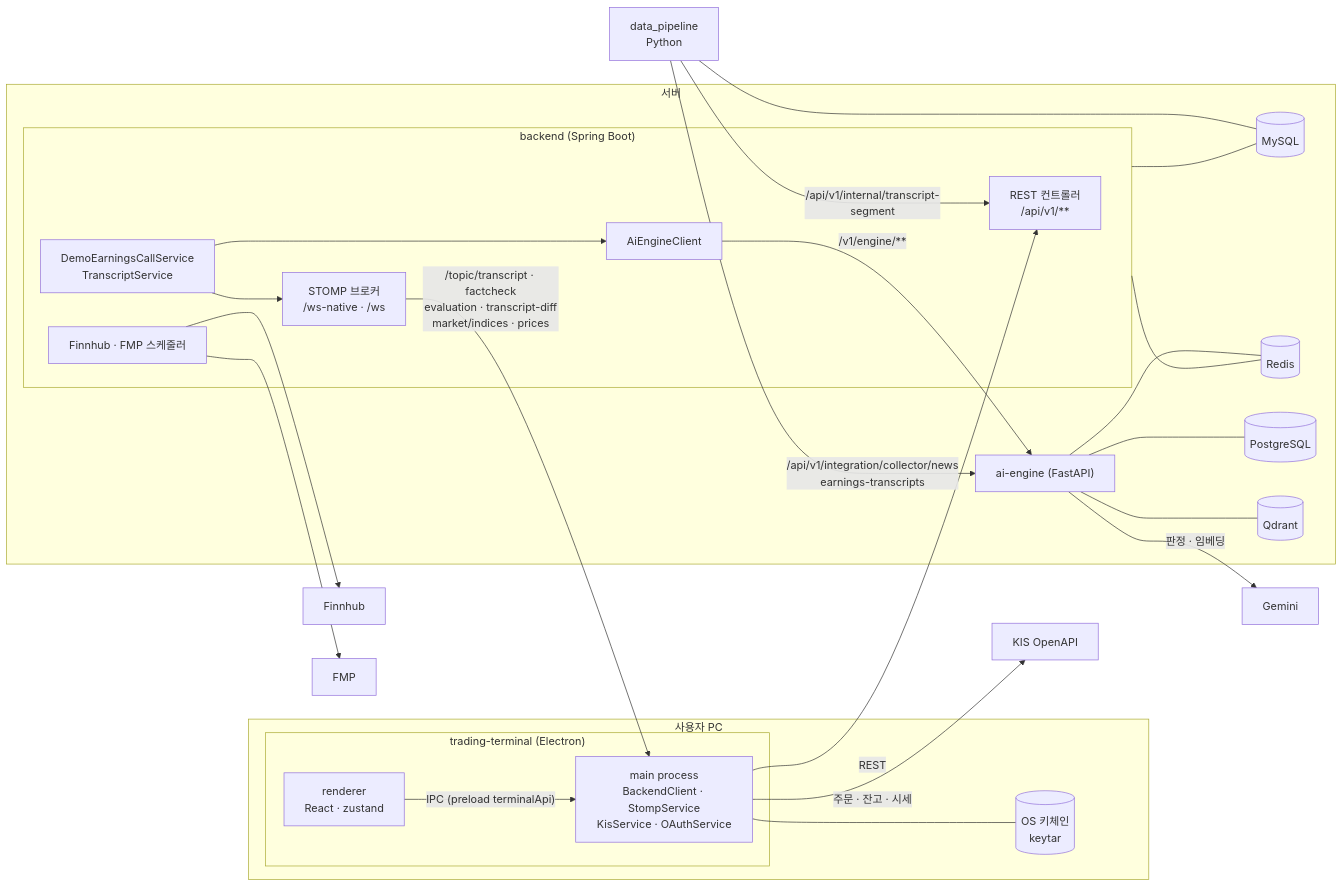
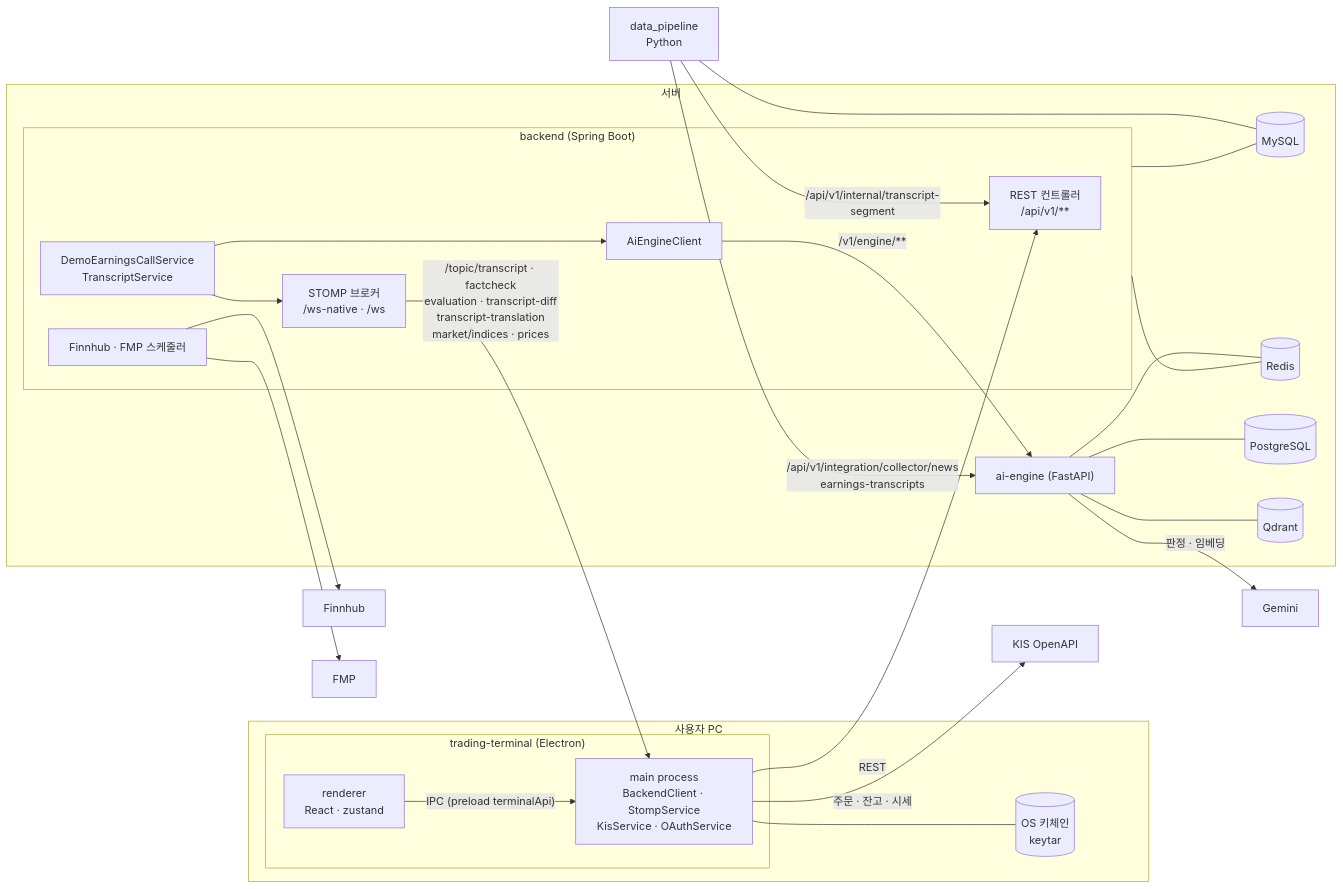
Before and after one commit to keonha123/Earning-Whisperer: the first of 4 diagrams in docs/developer/architecture.md, drawn with Mermaid. The commit also changed other lines of this file and 15 other files, not shown here.

````diff
--- a/docs/developer/architecture.md
+++ b/docs/developer/architecture.md
@@ -18,51 +18,51 @@
 ```mermaid
 flowchart LR
     subgraph PC["사용자 PC"]
         subgraph T["trading-terminal (Electron)"]
             R["renderer<br/>React · zustand"]
             M["main process<br/>BackendClient · StompService<br/>KisService · OAuthService"]
             R -- "IPC (preload terminalApi)" --> M
         end
         KC[("OS 키체인<br/>keytar")]
         M --- KC
     end
 
     subgraph Server["서버"]
         subgraph B["backend (Spring Boot)"]
             BC["REST 컨트롤러<br/>/api/v1/**"]
             BW["STOMP 브로커<br/>/ws-native · /ws"]
             BD["DemoEarningsCallService<br/>TranscriptService"]
             BA["AiEngineClient"]
             BS["Finnhub · FMP 스케줄러"]
         end
         A["ai-engine (FastAPI)"]
         MY[("MySQL")]
         RD[("Redis")]
         PG[("PostgreSQL")]
         QD[("Qdrant")]
     end
 
     P["data_pipeline<br/>Python"]
     KIS["KIS OpenAPI"]
     FH["Finnhub"]
     FMP["FMP"]
     GM["Gemini"]
 
     M -- "REST" --> BC
-    BW -- "/topic/transcript · factcheck<br/>evaluation · transcript-diff<br/>market/indices · prices" --> M
+    BW -- "/topic/transcript · factcheck<br/>evaluation · transcript-diff<br/>transcript-translation<br/>market/indices · prices" --> M
     M -- "주문 · 잔고 · 시세" --> KIS
     BD --> BW
     BD --> BA
     BA -- "/v1/engine/**" --> A
     BS --> FH
     BS --> FMP
     B --- MY
     B --- RD
     A --- PG
     A --- RD
     P --- MY
     A --- QD
     A -- "판정 · 임베딩" --> GM
     P -- "/api/v1/internal/transcript-segment" --> BC
     P -- "/api/v1/integration/collector/news<br/>earnings-transcripts" --> A
 ```
````
